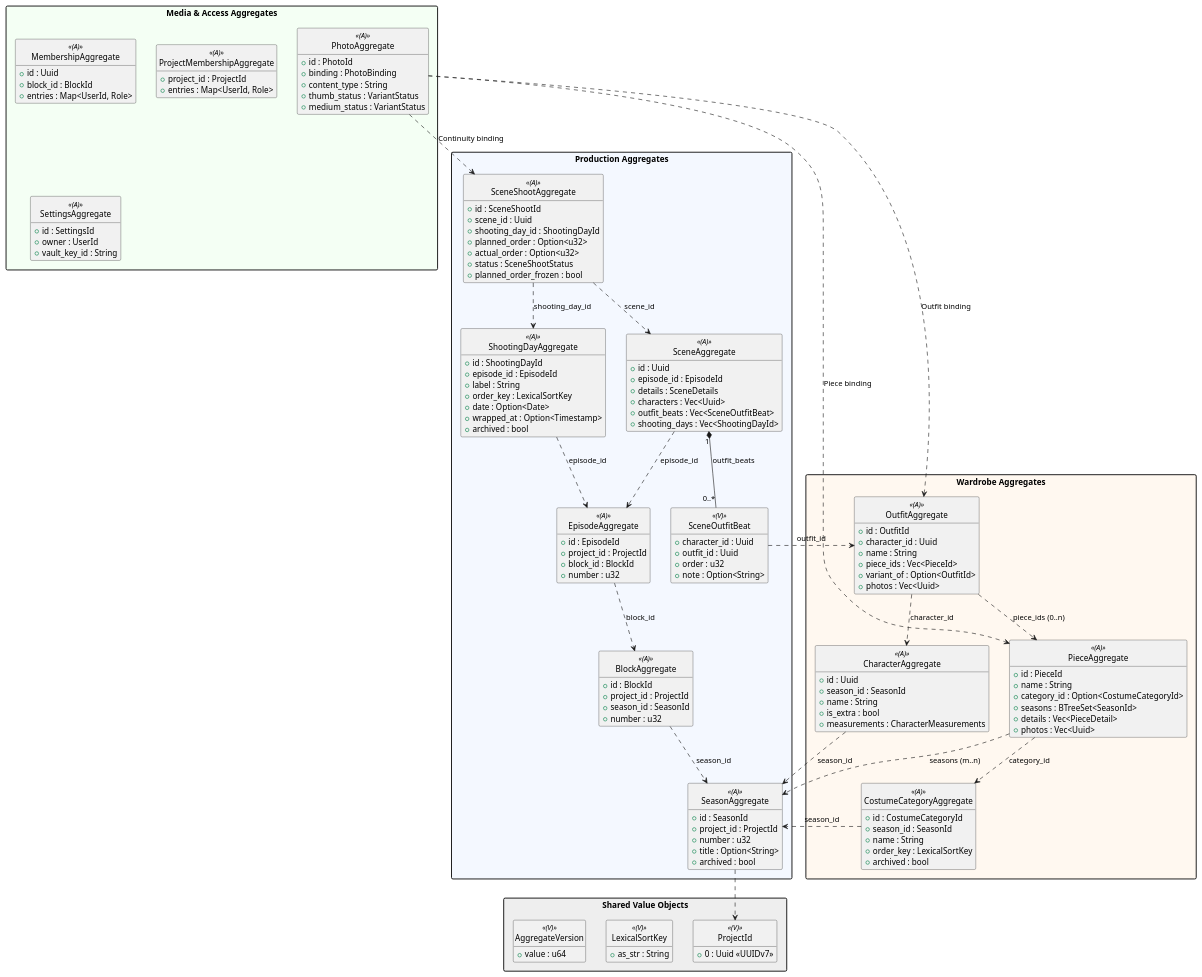
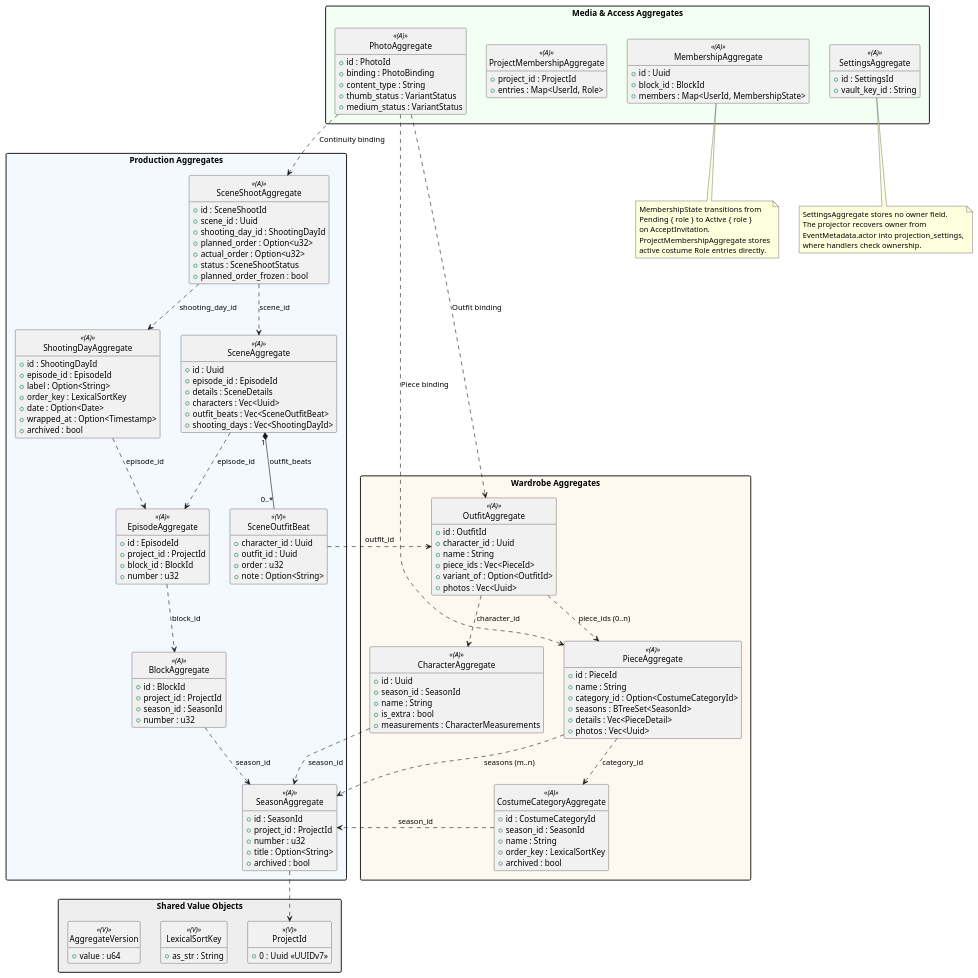
The diagram in backend/docs/architecture/diagrams/core-domain-model.puml (tradem/breakdown-rs), drawn with PlantUML before and after one commit. The commit also changed 24 other files, not shown here.

```diff
--- a/backend/docs/architecture/diagrams/core-domain-model.puml
+++ b/backend/docs/architecture/diagrams/core-domain-model.puml
@@ -1,160 +1,174 @@
 @startuml core-domain-model
 ' SPDX-License-Identifier: AGPL-3.0
 ' Copyright (C) 2024-2026 Breakdown RS Contributors
 ' Co-authored-by: gemini-4-carbon (google)
 '
 ' Core domain aggregates and value objects in backend/crates/core.
 ' Cross-aggregate links use UUIDv7 identifiers only.
 
 skinparam shadowing false
 skinparam packageStyle rectangle
 skinparam entity {
   BackgroundColor #FFFFFF
 }
 hide circle
 hide methods
 
 package "Shared Value Objects" #EEEEEE {
   class ProjectId << (V) >> {
     + 0 : Uuid <<UUIDv7>>
   }
   class LexicalSortKey << (V) >> {
     + as_str : String
   }
   class AggregateVersion << (V) >> {
     + value : u64
   }
 }
 
 package "Production Aggregates" #F4F8FF {
   class SeasonAggregate << (A) >> {
     + id : SeasonId
     + project_id : ProjectId
     + number : u32
     + title : Option<String>
     + archived : bool
   }
   class BlockAggregate << (A) >> {
     + id : BlockId
     + project_id : ProjectId
     + season_id : SeasonId
     + number : u32
   }
   class EpisodeAggregate << (A) >> {
     + id : EpisodeId
     + project_id : ProjectId
     + block_id : BlockId
     + number : u32
   }
   class ShootingDayAggregate << (A) >> {
     + id : ShootingDayId
     + episode_id : EpisodeId
-    + label : String
+    + label : Option<String>
     + order_key : LexicalSortKey
     + date : Option<Date>
     + wrapped_at : Option<Timestamp>
     + archived : bool
   }
   class SceneAggregate << (A) >> {
     + id : Uuid
     + episode_id : EpisodeId
     + details : SceneDetails
     + characters : Vec<Uuid>
     + outfit_beats : Vec<SceneOutfitBeat>
     + shooting_days : Vec<ShootingDayId>
   }
   class SceneOutfitBeat << (V) >> {
     + character_id : Uuid
     + outfit_id : Uuid
     + order : u32
     + note : Option<String>
   }
   class SceneShootAggregate << (A) >> {
     + id : SceneShootId
     + scene_id : Uuid
     + shooting_day_id : ShootingDayId
     + planned_order : Option<u32>
     + actual_order : Option<u32>
     + status : SceneShootStatus
     + planned_order_frozen : bool
   }
 
   SceneAggregate "1" *-- "0..*" SceneOutfitBeat : outfit_beats
 }
 
 package "Wardrobe Aggregates" #FFF8F0 {
   class CharacterAggregate << (A) >> {
     + id : Uuid
     + season_id : SeasonId
     + name : String
     + is_extra : bool
     + measurements : CharacterMeasurements
   }
   class CostumeCategoryAggregate << (A) >> {
     + id : CostumeCategoryId
     + season_id : SeasonId
     + name : String
     + order_key : LexicalSortKey
     + archived : bool
   }
   class PieceAggregate << (A) >> {
     + id : PieceId
     + name : String
     + category_id : Option<CostumeCategoryId>
     + seasons : BTreeSet<SeasonId>
     + details : Vec<PieceDetail>
     + photos : Vec<Uuid>
   }
   class OutfitAggregate << (A) >> {
     + id : OutfitId
     + character_id : Uuid
     + name : String
     + piece_ids : Vec<PieceId>
     + variant_of : Option<OutfitId>
     + photos : Vec<Uuid>
   }
 }
 
 package "Media & Access Aggregates" #F4FFF4 {
   class PhotoAggregate << (A) >> {
     + id : PhotoId
     + binding : PhotoBinding
     + content_type : String
     + thumb_status : VariantStatus
     + medium_status : VariantStatus
   }
   class MembershipAggregate << (A) >> {
     + id : Uuid
     + block_id : BlockId
-    + entries : Map<UserId, Role>
+    + members : Map<UserId, MembershipState>
   }
   class ProjectMembershipAggregate << (A) >> {
     + project_id : ProjectId
     + entries : Map<UserId, Role>
   }
   class SettingsAggregate << (A) >> {
     + id : SettingsId
-    + owner : UserId
     + vault_key_id : String
   }
 }
+
+note bottom of MembershipAggregate
+  MembershipState transitions from
+  Pending { role } to Active { role }
+  on AcceptInvitation.
+  ProjectMembershipAggregate stores
+  active costume Role entries directly.
+end note
+
+note bottom of SettingsAggregate
+  SettingsAggregate stores no owner field.
+  The projector recovers owner from
+  EventMetadata.actor into projection_settings,
+  where handlers check ownership.
+end note
 
 SeasonAggregate ..> ProjectId
 BlockAggregate ..> SeasonAggregate : season_id
 EpisodeAggregate ..> BlockAggregate : block_id
 ShootingDayAggregate ..> EpisodeAggregate : episode_id
 SceneAggregate ..> EpisodeAggregate : episode_id
 SceneShootAggregate ..> SceneAggregate : scene_id
 SceneShootAggregate ..> ShootingDayAggregate : shooting_day_id
 CharacterAggregate ..> SeasonAggregate : season_id
 CostumeCategoryAggregate ..> SeasonAggregate : season_id
 PieceAggregate ..> SeasonAggregate : seasons (m..n)
 PieceAggregate ..> CostumeCategoryAggregate : category_id
 OutfitAggregate ..> CharacterAggregate : character_id
 OutfitAggregate ..> PieceAggregate : piece_ids (0..n)
 SceneOutfitBeat ..> OutfitAggregate : outfit_id
 PhotoAggregate ..> PieceAggregate : Piece binding
 PhotoAggregate ..> OutfitAggregate : Outfit binding
 PhotoAggregate ..> SceneShootAggregate : Continuity binding
 
 @enduml
```
